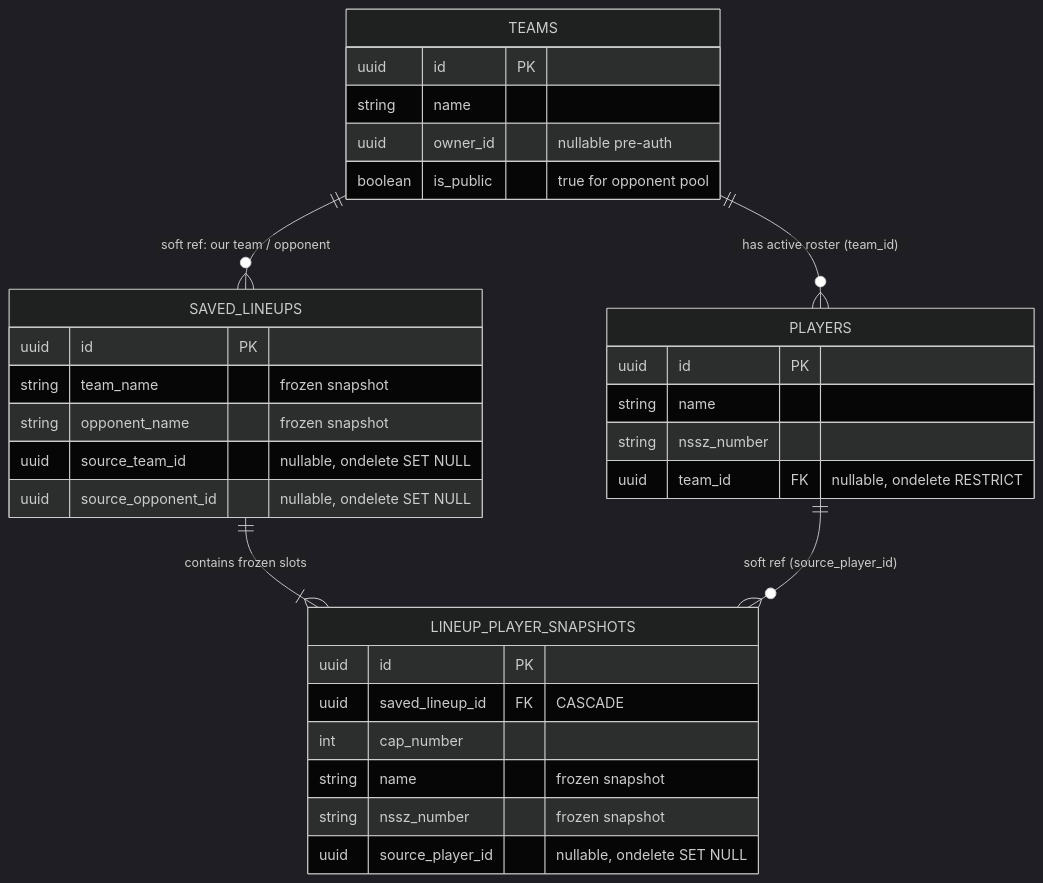
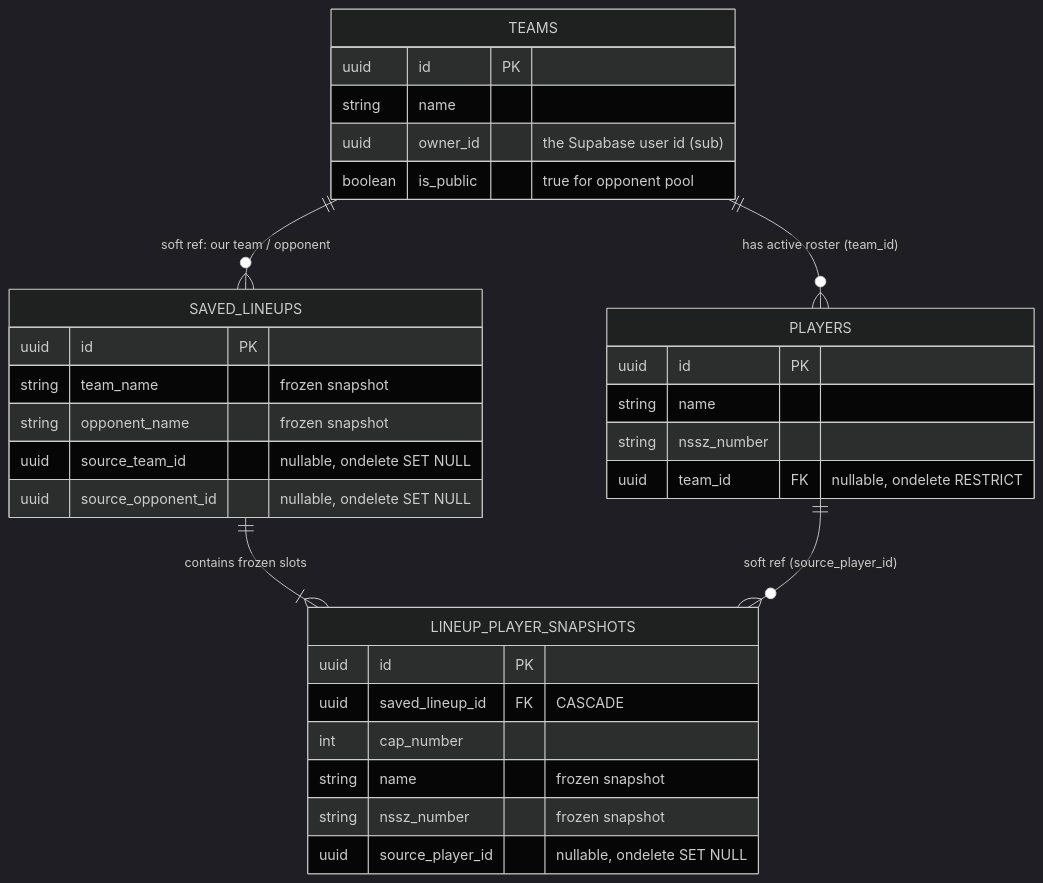
One commit to LasterBergamot/lineup changed the second of 3 diagrams in documentation/Current-State-Backend.md. Above: the diagram before and after it, drawn with Mermaid (dark theme). The commit also changed other lines of this file and 31 other files, not shown here.

````diff
--- a/documentation/Current-State-Backend.md
+++ b/documentation/Current-State-Backend.md
@@ -173,35 +190,35 @@
 ```mermaid
 erDiagram
     TEAMS ||--o{ PLAYERS : "has active roster (team_id)"
     TEAMS ||--o{ SAVED_LINEUPS : "soft ref: our team / opponent"
     SAVED_LINEUPS ||--|{ LINEUP_PLAYER_SNAPSHOTS : "contains frozen slots"
     PLAYERS ||--o{ LINEUP_PLAYER_SNAPSHOTS : "soft ref (source_player_id)"
 
     TEAMS {
         uuid id PK
         string name
-        uuid owner_id "nullable pre-auth"
+        uuid owner_id "the Supabase user id (sub)"
         boolean is_public "true for opponent pool"
     }
     PLAYERS {
         uuid id PK
         string name
         string nssz_number
         uuid team_id FK "nullable, ondelete RESTRICT"
     }
     SAVED_LINEUPS {
         uuid id PK
         string team_name "frozen snapshot"
         string opponent_name "frozen snapshot"
         uuid source_team_id "nullable, ondelete SET NULL"
         uuid source_opponent_id "nullable, ondelete SET NULL"
     }
     LINEUP_PLAYER_SNAPSHOTS {
         uuid id PK
         uuid saved_lineup_id FK "CASCADE"
         int cap_number
         string name "frozen snapshot"
         string nssz_number "frozen snapshot"
         uuid source_player_id "nullable, ondelete SET NULL"
     }
 ```
````
